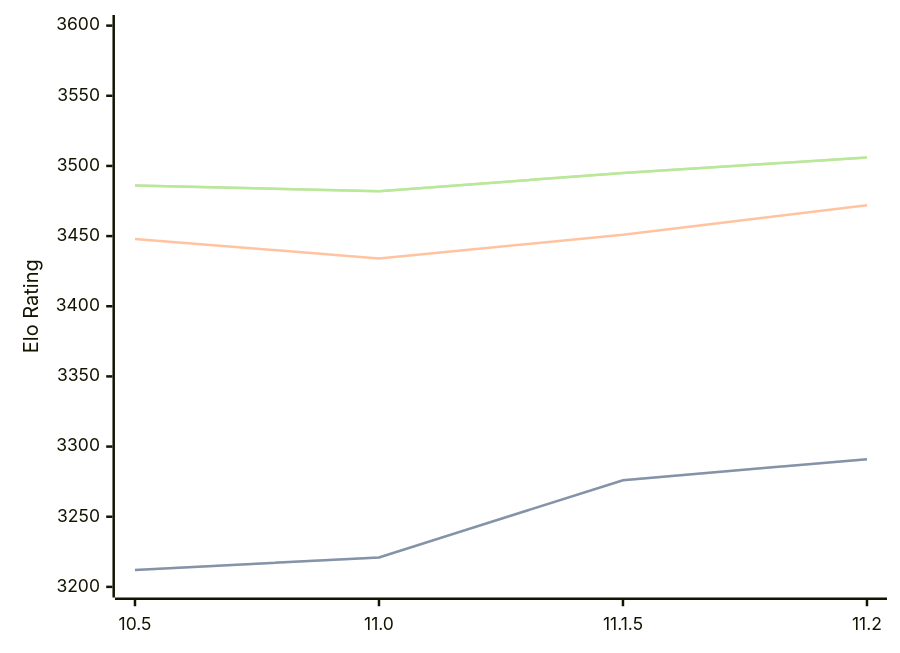
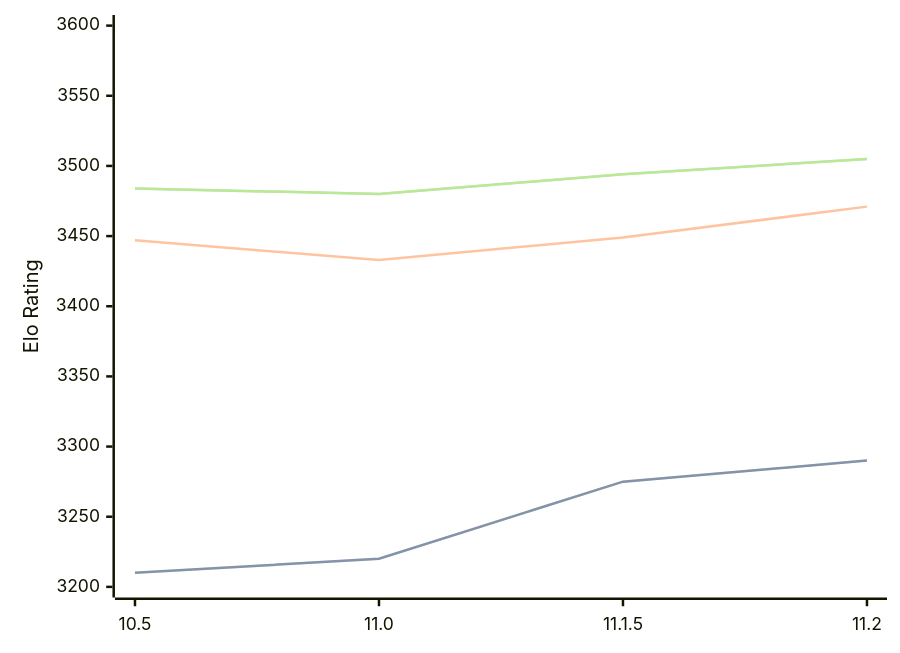
One commit to computer-chess-index/cci changed the diagram in engines/Lizard.md. Above: the diagram before and after it, drawn with Mermaid. The commit also changed other lines of this file, not shown here.

Commit message:
Update CCI Ratings (ELO VLTC) - 2026-08-04

````diff
--- a/engines/Lizard.md
+++ b/engines/Lizard.md
@@ -46,11 +46,11 @@
 ```mermaid
 %%{init: {"theme":"base","themeVariables":{"seriesColors:['#a3a3a3','#222221','#faa371']}}}%%
 xychart-beta
   x-axis ["10.5", "11.0", "11.1.5", "11.2"]
   y-axis "Elo Rating" 3200 --> 3600
-  line "STC (8.0+0.08s)" [3212, 3221, 3276, 3291]
-  line "STC (8.0+0.08s)" [3212, 3221, 3276, 3291]
-  line "LTC (60.0+0.60s)" [3448, 3434, 3451, 3472]
-  line "VLTC (2m24s+1.12s)" [3486, 3482, 3495, 3506]
-  line "VLTC (2m24s+1.12s)" [3486, 3482, 3495, 3506]
+  line "STC (8.0+0.08s)" [3210, 3220, 3275, 3290]
+  line "STC (8.0+0.08s)" [3210, 3220, 3275, 3290]
+  line "LTC (60.0+0.60s)" [3447, 3433, 3449, 3471]
+  line "VLTC (2m24s+1.12s)" [3484, 3480, 3494, 3505]
+  line "VLTC (2m24s+1.12s)" [3484, 3480, 3494, 3505]
 ```
````
